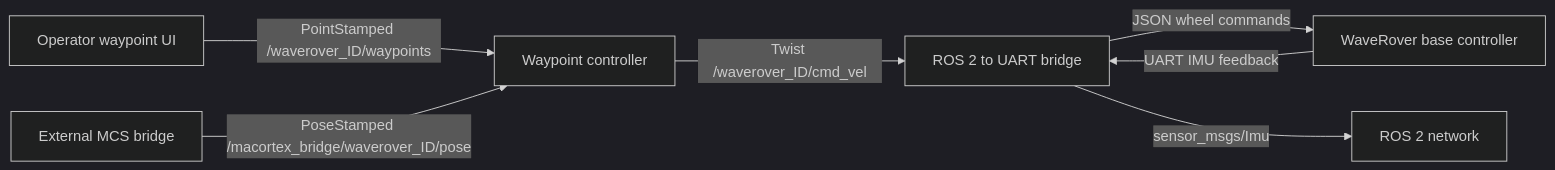
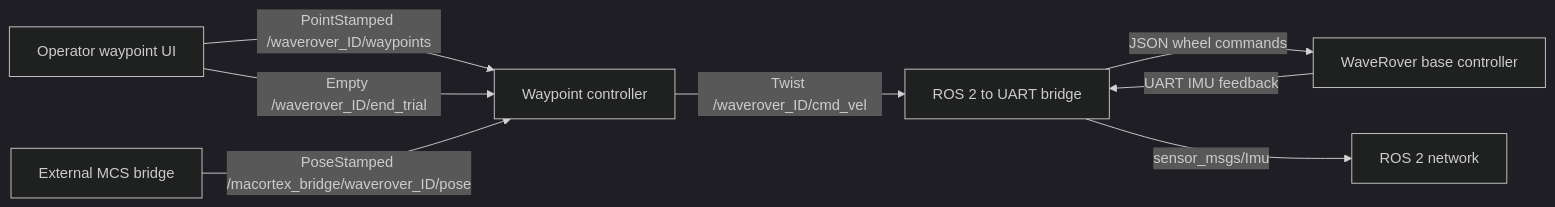
One commit to Yacine-Derder/Waverover-SIJ changed the first of 2 diagrams in README.md. Above: the diagram before and after it, drawn with Mermaid (dark theme). The commit also changed other lines of this file and 15 other files, not shown here.

````diff
--- a/README.md
+++ b/README.md
@@ -34,9 +34,10 @@
 ```mermaid
 flowchart LR
     UI["Operator waypoint UI"] -->|"PointStamped /waverover_ID/waypoints"| CTRL["Waypoint controller"]
+    UI -->|"Empty /waverover_ID/end_trial"| CTRL
     MCS["External MCS bridge"] -->|"PoseStamped /macortex_bridge/waverover_ID/pose"| CTRL
     CTRL -->|"Twist /waverover_ID/cmd_vel"| BRIDGE["ROS 2 to UART bridge"]
     BRIDGE -->|"JSON wheel commands"| BASE["WaveRover base controller"]
     BASE -->|"UART IMU feedback"| BRIDGE
     BRIDGE -->|"sensor_msgs/Imu"| ROS["ROS 2 network"]
 ```
````
